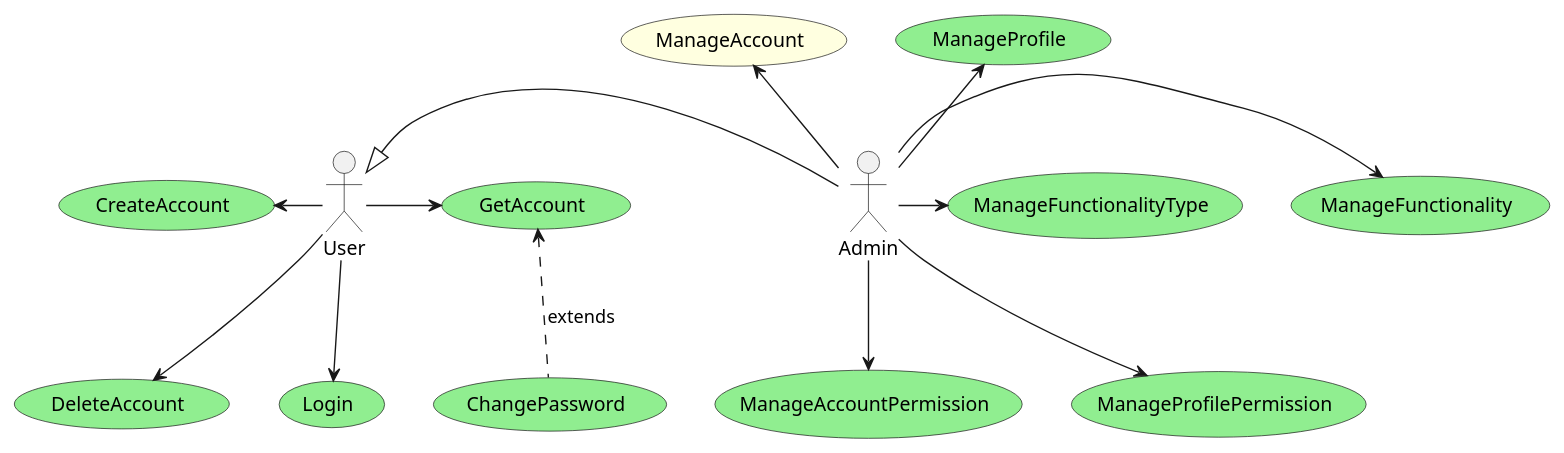
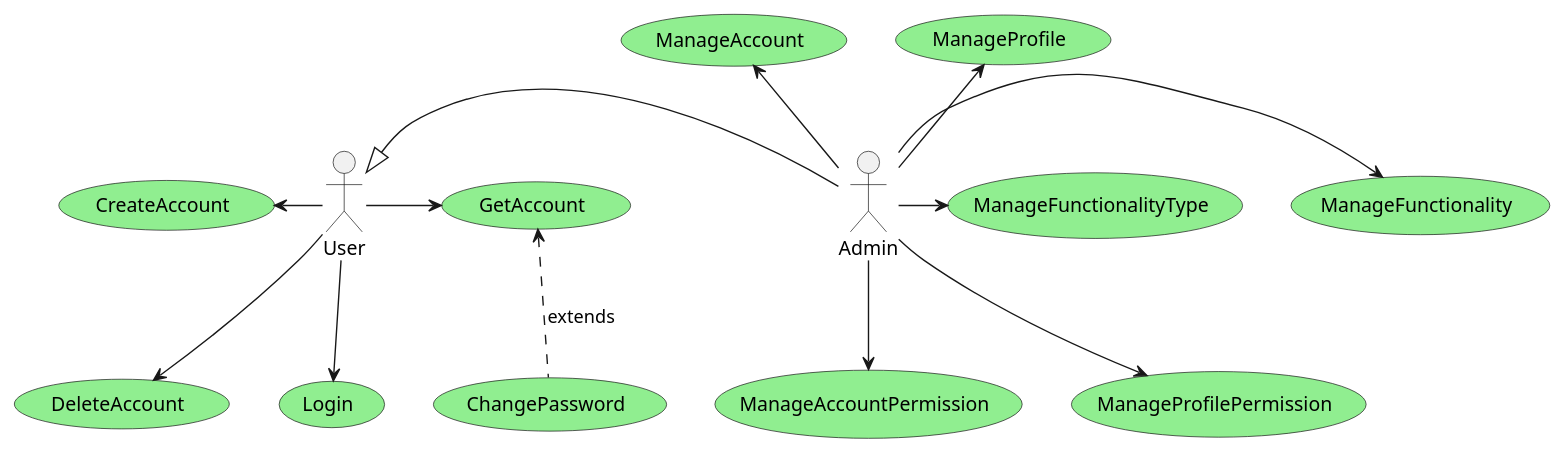
One commit to zehgreven/nutri-be-ddd-ca changed the diagram in documentation/usecase/UseCase.iam.puml. Above: the diagram before and after it, drawn with PlantUML. The commit also changed 11 other files, not shown here.

```diff
--- a/documentation/usecase/UseCase.iam.puml
+++ b/documentation/usecase/UseCase.iam.puml
@@ -1,33 +1,33 @@
 @startuml Use Case
 
 actor User
 actor Admin
 
 usecase CreateAccount #LightGreen
 usecase Login #LightGreen
 usecase GetAccount #LightGreen
 usecase DeleteAccount #LightGreen
 usecase ChangePassword #LightGreen
 usecase ManageProfile #LightGreen
 usecase ManageFunctionalityType #LightGreen
 usecase ManageFunctionality #LightGreen
 usecase ManageProfilePermission #LightGreen
 usecase ManageAccountPermission #LightGreen
-usecase ManageAccount #LightYellow
+usecase ManageAccount #LightGreen
 
 User <|-r- Admin
 
 User -l-> (CreateAccount) 
 User -d-> (DeleteAccount)
 User -r-> (GetAccount)
 (GetAccount) <.d. (ChangePassword) : extends
 User -d-> (Login)
 
 Admin -u-> (ManageProfile) 
 Admin -u-> (ManageAccount) 
 Admin -d-> (ManageProfilePermission) 
 Admin -d-> (ManageAccountPermission) 
 Admin -r-> (ManageFunctionality) 
 Admin -r-> (ManageFunctionalityType) 
 
 @enduml
```
